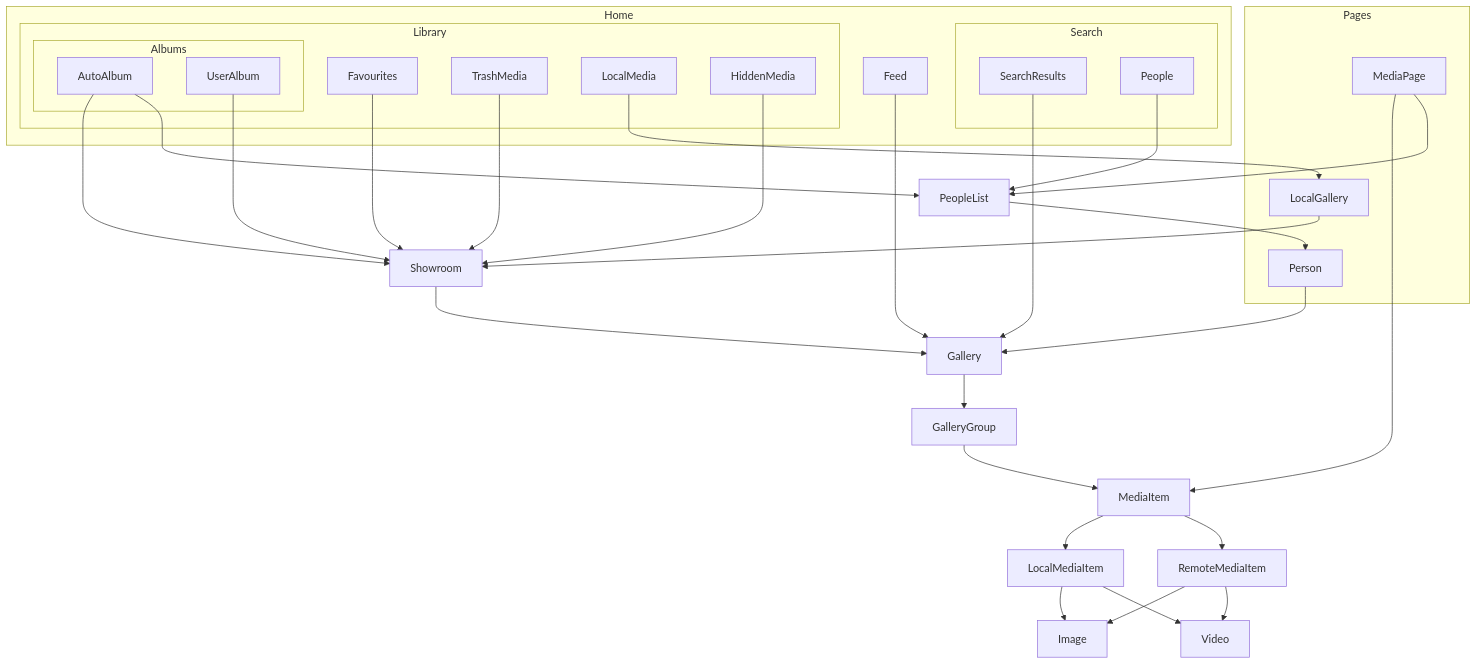
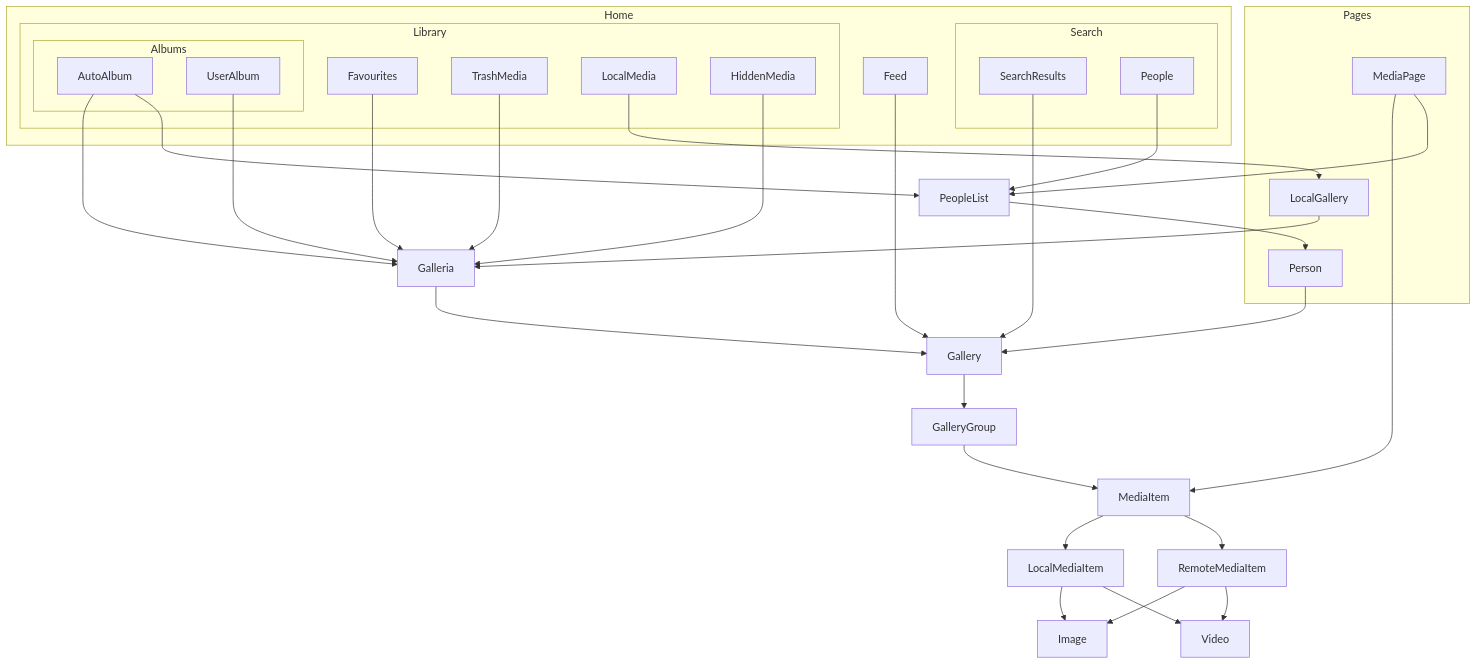
Before and after one commit to savvasdalkitsis/uhuruphotos-android: the diagram in domain-model.md, drawn with Mermaid. The commit also changed 57 other files, not shown here.

Commit message:
Renaming showroom to galleria

````diff
--- a/domain-model.md
+++ b/domain-model.md
@@ -5,58 +5,58 @@
 ```mermaid 
 graph TD;
 
-    Showroom-->Gallery
+    Galleria-->Gallery
     Gallery-->GalleryGroup
     GalleryGroup-->MediaItem
     MediaPage-->MediaItem
     MediaItem-->LocalMediaItem
     MediaItem-->RemoteMediaItem
     LocalMediaItem-->Image
     LocalMediaItem-->Video
     RemoteMediaItem-->Image
     RemoteMediaItem-->Video
-    AutoAlbum-->Showroom
-    UserAlbum-->Showroom
-    Favourites-->Showroom
-    TrashMedia-->Showroom
+    AutoAlbum-->Galleria
+    UserAlbum-->Galleria
+    Favourites-->Galleria
+    TrashMedia-->Galleria
     LocalMedia-->LocalGallery
-    LocalGallery-->Showroom
-    HiddenMedia-->Showroom
+    LocalGallery-->Galleria
+    HiddenMedia-->Galleria
     Person-->Gallery
     SearchResults-->Gallery
     Feed-->Gallery
     People-->PeopleList
     PeopleList-->Person
     MediaPage-->PeopleList
     AutoAlbum-->PeopleList
 
     subgraph Pages
         Person
         LocalGallery
         MediaPage
     end
 
     subgraph Search
         SearchResults
         People
     end
 
     subgraph Albums
         AutoAlbum
         UserAlbum
     end
 
     subgraph Library
         TrashMedia
         HiddenMedia
         Albums
         Favourites
         LocalMedia
     end
 
     subgraph Home
         Feed
         Search
         Library
     end
 ```
````
